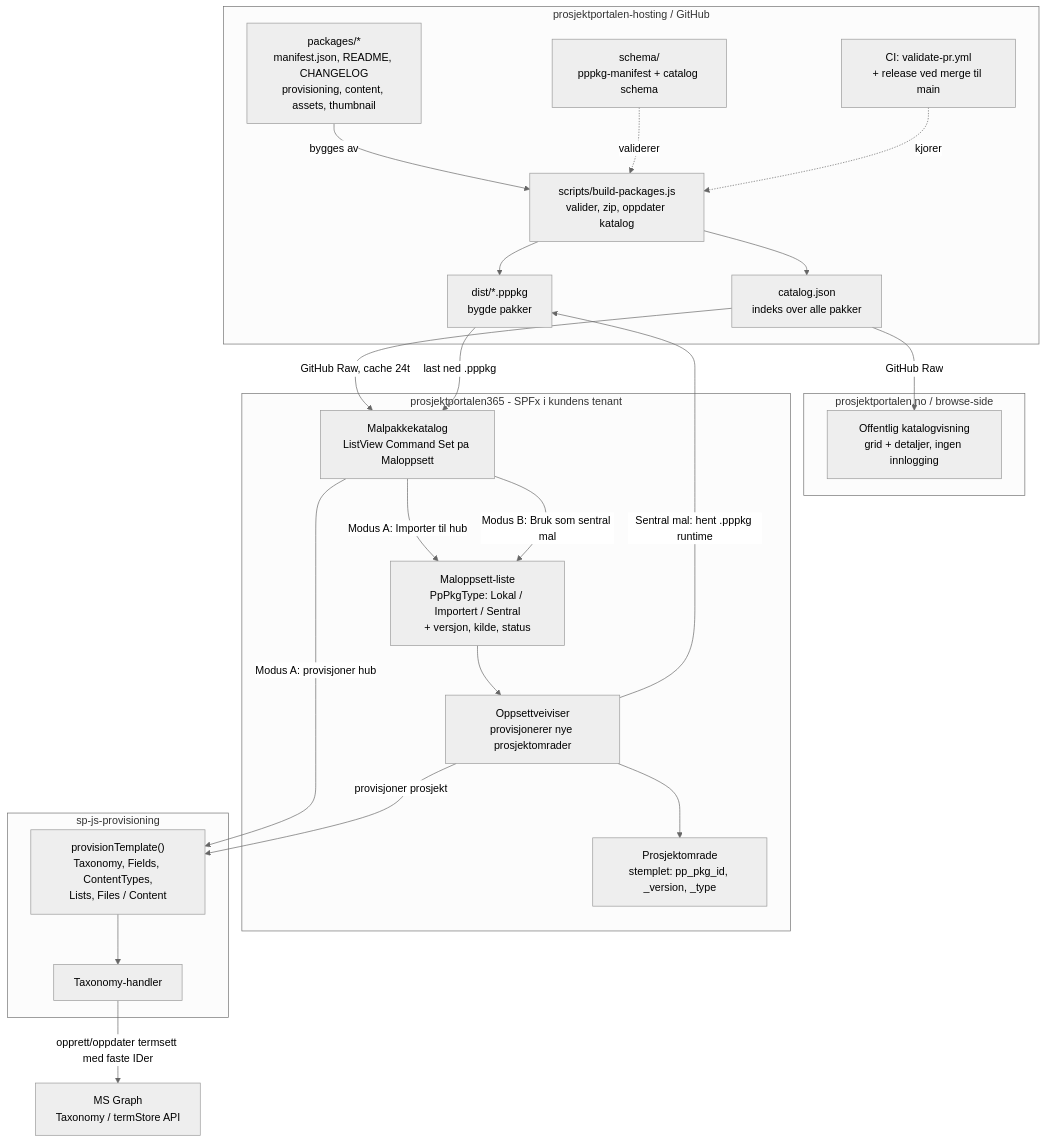
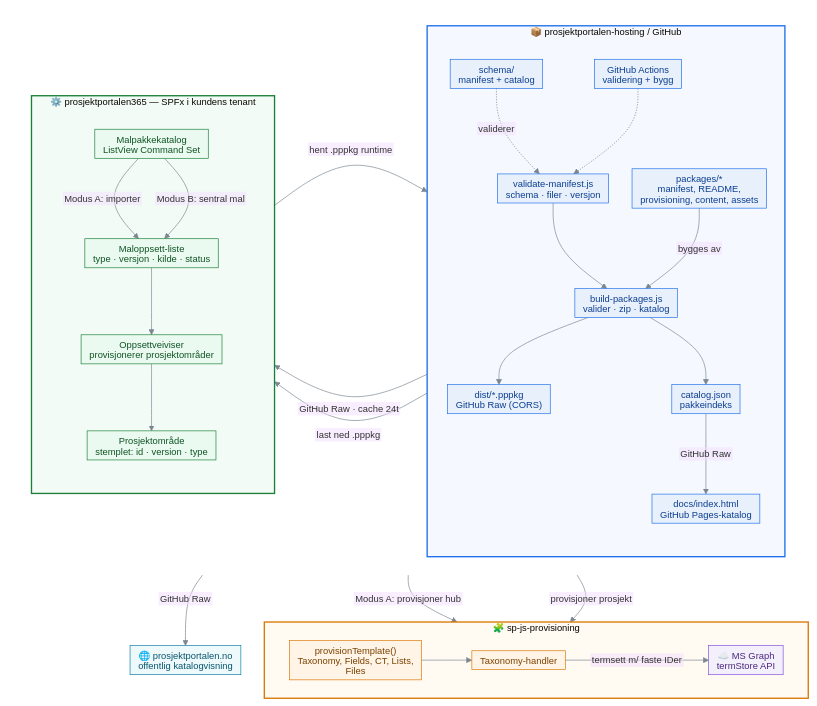
The diagram in systemoversikt.mmd (Puzzlepart/prosjektportalen-hosting), drawn with Mermaid before and after one commit. The commit also changed 3 other files, not shown here.

First line of the commit message:
docs: oppdater systemoversikt-diagram

```diff
--- a/systemoversikt.mmd
+++ b/systemoversikt.mmd
@@ -1,49 +1,70 @@
-%%{init: {"theme": "neutral"}}%%
+%%{init: {"theme":"base","htmlLabels":false,"themeVariables":{"fontFamily":"Segoe UI, Helvetica, Arial, sans-serif","fontSize":"14px","lineColor":"#7a8691","primaryBorderColor":"#c9d1d9"},"flowchart":{"curve":"basis","nodeSpacing":35,"rankSpacing":50,"padding":6,"htmlLabels":false}}}%%
 flowchart TB
-    subgraph HOST["prosjektportalen-hosting / GitHub"]
-        PKG["packages/*<br/>manifest.json, README, CHANGELOG<br/>provisioning, content, assets, thumbnail"]
-        SCHEMA["schema/<br/>pppkg-manifest + catalog schema"]
-        BUILD["scripts/build-packages.js<br/>valider, zip, oppdater katalog"]
-        DIST["dist/*.pppkg<br/>bygde pakker"]
-        CAT["catalog.json<br/>indeks over alle pakker"]
-        CI["CI: validate-pr.yml<br/>+ release ved merge til main"]
-        PKG -->|bygges av| BUILD
-        SCHEMA -.validerer.-> BUILD
-        BUILD --> DIST
-        BUILD --> CAT
-        CI -.kjorer.-> BUILD
+    subgraph TOP [" "]
+        direction LR
+        subgraph HOST["📦 prosjektportalen-hosting / GitHub"]
+            direction TB
+            PKG["packages/*<br/>manifest, README, provisioning, content, assets"]
+            SCHEMA["schema/<br/>manifest + catalog"]
+            VALIDATE["validate-manifest.js<br/>schema · filer · versjon"]
+            BUILD["build-packages.js<br/>valider · zip · katalog"]
+            DIST["dist/*.pppkg<br/>GitHub Raw (CORS)"]
+            CAT["catalog.json<br/>pakkeindeks"]
+            PAGES["docs/index.html<br/>GitHub Pages-katalog"]
+            CI["GitHub Actions<br/>validering + bygg"]
+            SCHEMA -.validerer.-> VALIDATE
+            VALIDATE --> BUILD
+            PKG -->|bygges av| BUILD
+            BUILD --> DIST
+            BUILD --> CAT
+            CAT -->|GitHub Raw| PAGES
+            CI -.-> VALIDATE
+        end
+        subgraph PP365["⚙️ prosjektportalen365 — SPFx i kundens tenant"]
+            direction TB
+            WIZARDCAT["Malpakkekatalog<br/>ListView Command Set"]
+            MALOPP["Maloppsett-liste<br/>type · versjon · kilde · status"]
+            SETUP["Oppsettveiviser<br/>provisjonerer prosjektområder"]
+            SITE["Prosjektområde<br/>stemplet: id · version · type"]
+            WIZARDCAT -->|Modus A: importer| MALOPP
+            WIZARDCAT -->|Modus B: sentral mal| MALOPP
+            MALOPP --> SETUP
+            SETUP --> SITE
+        end
     end
 
-    subgraph WEB["prosjektportalen.no / browse-side"]
-        PREVIEW["Offentlig katalogvisning<br/>grid + detaljer, ingen innlogging"]
+    PREVIEW["🌐 prosjektportalen.no<br/>offentlig katalogvisning"]
+
+    subgraph PROV["🧩 sp-js-provisioning"]
+        direction LR
+        PT["provisionTemplate()<br/>Taxonomy, Fields, CT, Lists, Files"]
+        TAX["Taxonomy-handler"]
+        GRAPH["☁️ MS Graph<br/>termStore API"]
+        PT --> TAX
+        TAX -->|termsett m/ faste IDer| GRAPH
     end
 
-    subgraph PP365["prosjektportalen365 - SPFx i kundens tenant"]
-        WIZARDCAT["Malpakkekatalog<br/>ListView Command Set pa Maloppsett"]
-        MALOPP["Maloppsett-liste<br/>PpPkgType: Lokal / Importert / Sentral<br/>+ versjon, kilde, status"]
-        SETUP["Oppsettveiviser<br/>provisjonerer nye prosjektomrader"]
-        SITE["Prosjektomrade<br/>stemplet: pp_pkg_id, _version, _type"]
-    end
+    PKG ~~~ WIZARDCAT
+    CAT -->|GitHub Raw| PREVIEW
+    CAT -->|GitHub Raw · cache 24t| WIZARDCAT
+    DIST -->|last ned .pppkg| WIZARDCAT
+    SETUP -->|hent .pppkg runtime| DIST
+    WIZARDCAT -->|Modus A: provisjoner hub| PT
+    SETUP -->|provisjoner prosjekt| PT
 
-    subgraph PROV["sp-js-provisioning"]
-        PT["provisionTemplate()<br/>Taxonomy, Fields, ContentTypes,<br/>Lists, Files / Content"]
-        TAX["Taxonomy-handler"]
-        PT --> TAX
-    end
+    classDef host fill:#e8f1fb,stroke:#1f6feb,color:#0b3d91;
+    classDef spfx fill:#eafaf0,stroke:#1a7f37,color:#0f5323;
+    classDef prov fill:#fff4e5,stroke:#d97706,color:#7a4100;
+    classDef msgraph fill:#f3effb,stroke:#8250df,color:#4b277f;
+    classDef web fill:#eef9fb,stroke:#0a7ea4,color:#08566e;
 
-    GRAPH["MS Graph<br/>Taxonomy / termStore API"]
+    class PKG,SCHEMA,VALIDATE,BUILD,DIST,CAT,PAGES,CI host;
+    class WIZARDCAT,MALOPP,SETUP,SITE spfx;
+    class PT,TAX prov;
+    class GRAPH msgraph;
+    class PREVIEW web;
 
-    CAT -->|GitHub Raw| PREVIEW
-    CAT -->|GitHub Raw, cache 24t| WIZARDCAT
-    DIST -->|last ned .pppkg| WIZARDCAT
-
-    WIZARDCAT -->|Modus A: Importer til hub| MALOPP
-    WIZARDCAT -->|Modus B: Bruk som sentral mal| MALOPP
-    WIZARDCAT -->|Modus A: provisjoner hub| PT
-
-    MALOPP --> SETUP
-    SETUP -->|Sentral mal: hent .pppkg runtime| DIST
-    SETUP -->|provisjoner prosjekt| PT
-    SETUP --> SITE
-
-    TAX -->|opprett/oppdater termsett med faste IDer| GRAPH
+    style HOST fill:#f5f9ff,stroke:#1f6feb,stroke-width:2px;
+    style PP365 fill:#f3fbf6,stroke:#1a7f37,stroke-width:2px;
+    style PROV fill:#fffaf2,stroke:#d97706,stroke-width:2px;
+    style TOP fill:none,stroke:none;
```
